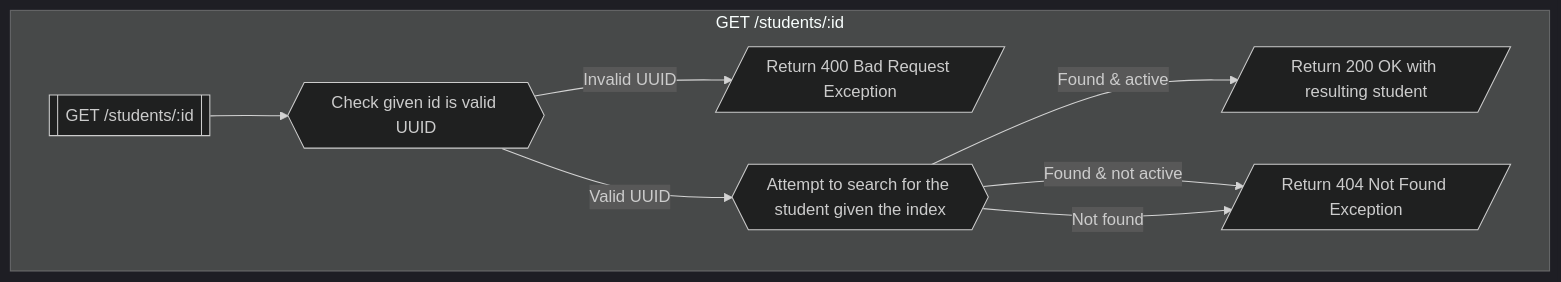
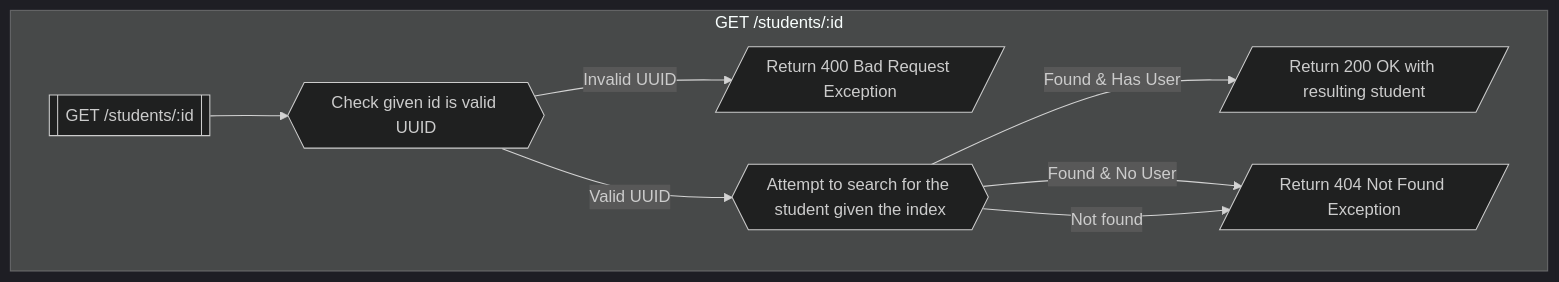
The third of 5 diagrams in docs/api-flow.md (project-sight-words/sw-backend), drawn with Mermaid (dark theme) before and after one commit. The commit also changed other lines of this file, not shown here.

Commit message:
Change docs wording to be more specific

````diff
--- a/docs/api-flow.md
+++ b/docs/api-flow.md
@@ -68,11 +68,11 @@
 ```mermaid
 flowchart TD
   subgraph GET /students/:id
     get[[GET /students/:id]] --> check{{Check given id is valid UUID}}
     check -- Invalid UUID --> error[/Return 400 Bad Request Exception/]
     check -- Valid UUID --> retrieve{{Attempt to search for the student given the index}}
-    retrieve -- Found & active --> success[/Return 200 OK with resulting student/]
-    retrieve -- Found & not active --> not_found[/Return 404 Not Found Exception/]
+    retrieve -- Found & Has User --> success[/Return 200 OK with resulting student/]
+    retrieve -- Found & No User --> not_found[/Return 404 Not Found Exception/]
     retrieve -- Not found --> not_found
   end
 ```
````
